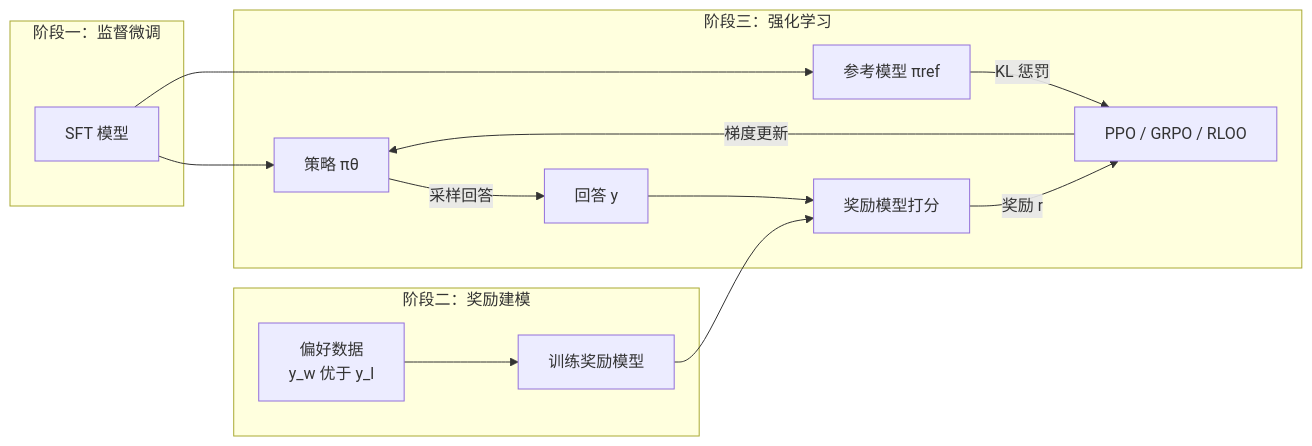
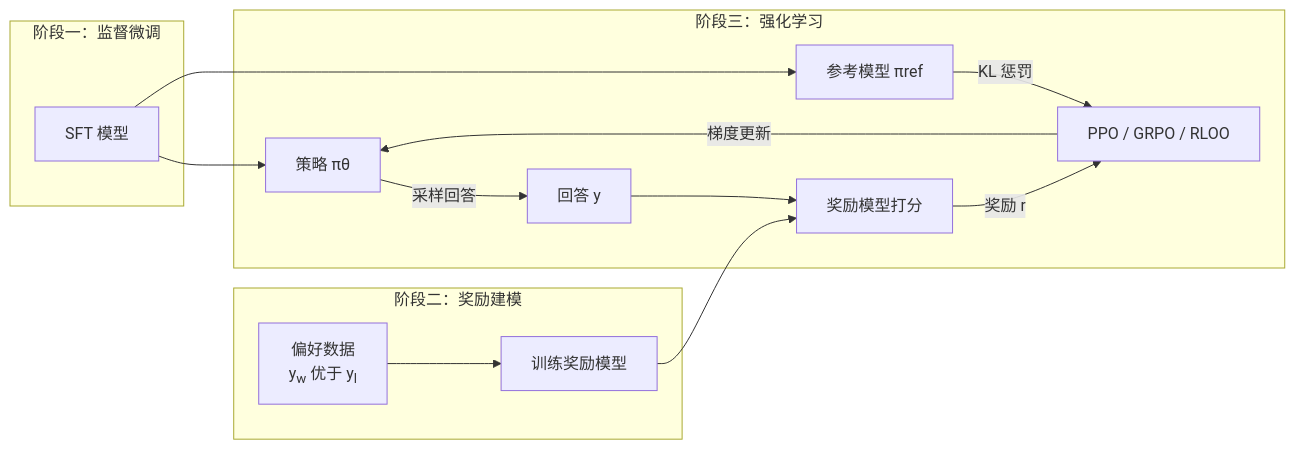
One commit to BrenchCC/llm-compass changed the first of 2 diagrams in docs/rlhf/index.md. Above: the diagram before and after it, drawn with Mermaid.

Commit message:
fix: improve flowchart readability by adjusting preference data formatting

````diff
--- a/docs/rlhf/index.md
+++ b/docs/rlhf/index.md
@@ -13,19 +13,19 @@
 ```mermaid
 flowchart LR
     subgraph S1[阶段一：监督微调]
         SFT[SFT 模型]
     end
     subgraph S2[阶段二：奖励建模]
-        PREF[偏好数据<br/>y_w 优于 y_l] --> RM[训练奖励模型]
+        PREF["偏好数据<br/><span style='white-space:nowrap'>y<sub>w</sub> 优于 y<sub>l</sub></span>"] --> RM[训练奖励模型]
     end
     subgraph S3[阶段三：强化学习]
         POLICY[策略 πθ] -->|采样回答| RESP[回答 y]
         RESP --> RM2[奖励模型打分]
         RM2 -->|奖励 r| ALGO[PPO / GRPO / RLOO]
         REF[参考模型 πref] -->|KL 惩罚| ALGO
         ALGO -->|梯度更新| POLICY
     end
     SFT --> POLICY
     SFT --> REF
     RM --> RM2
 ```
````
